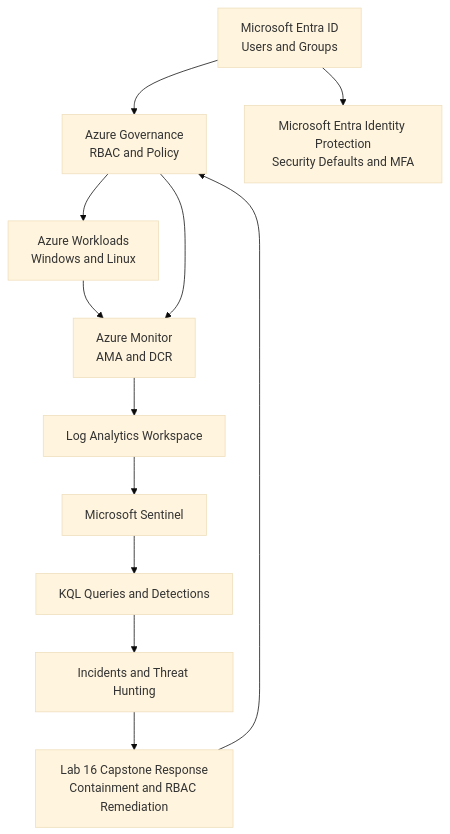
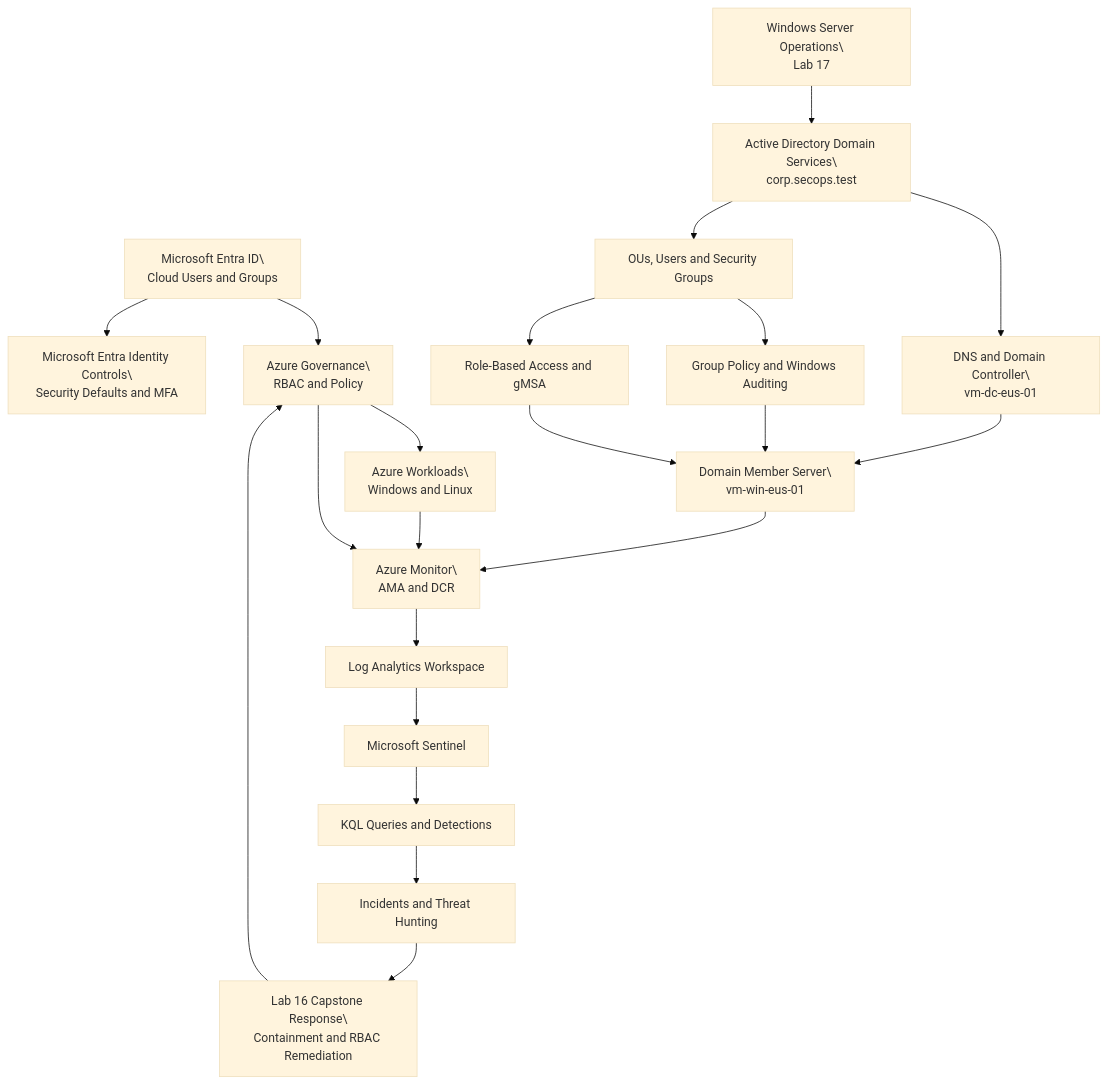
The diagram in README.md (Walber2903/azure-security-operations-lab), drawn with Mermaid (base theme) before and after one commit. The commit also changed other lines of this file and 66 other files, not shown here.

````diff
--- a/README.md
+++ b/README.md
@@ -224,25 +255,46 @@
 ```mermaid
+
 flowchart TD
-    A["Microsoft Entra ID<br/>Users and Groups"]
-    B["Azure Governance<br/>RBAC and Policy"]
-    C["Azure Workloads<br/>Windows and Linux"]
-    D["Azure Monitor<br/>AMA and DCR"]
+
+    A["Microsoft Entra ID\<br/>Cloud Users and Groups"]
+    B["Azure Governance\<br/>RBAC and Policy"]
+    C["Azure Workloads\<br/>Windows and Linux"]
+    D["Azure Monitor\<br/>AMA and DCR"]
     E["Log Analytics Workspace"]
     F["Microsoft Sentinel"]
     G["KQL Queries and Detections"]
     H["Incidents and Threat Hunting"]
-    I["Microsoft Entra Identity Protection<br/>Security Defaults and MFA"]
-    J["Lab 16 Capstone Response<br/>Containment and RBAC Remediation"]
+    I["Microsoft Entra Identity Controls\<br/>Security Defaults and MFA"]
+    J["Lab 16 Capstone Response\<br/>Containment and RBAC Remediation"]
+
+    K["Windows Server Operations\<br/>Lab 17"]
+    L["Active Directory Domain Services\<br/>corp.secops.test"]
+    M["DNS and Domain Controller\<br/>vm-dc-eus-01"]
+    N["Domain Member Server\<br/>vm-win-eus-01"]
+    O["OUs, Users and Security Groups"]
+    P["Group Policy and Windows Auditing"]
+    Q["Role-Based Access and gMSA"]
 
     A --> B
     A --> I
     B --> C
     C --> D
     B --> D
     D --> E
     E --> F
     F --> G
     G --> H
     H --> J
     J --> B
+
+    K --> L
+    L --> M
+    M --> N
+    L --> O
+    O --> P
+    O --> Q
+    P --> N
+    Q --> N
+    N --> D
+
 ```
````
